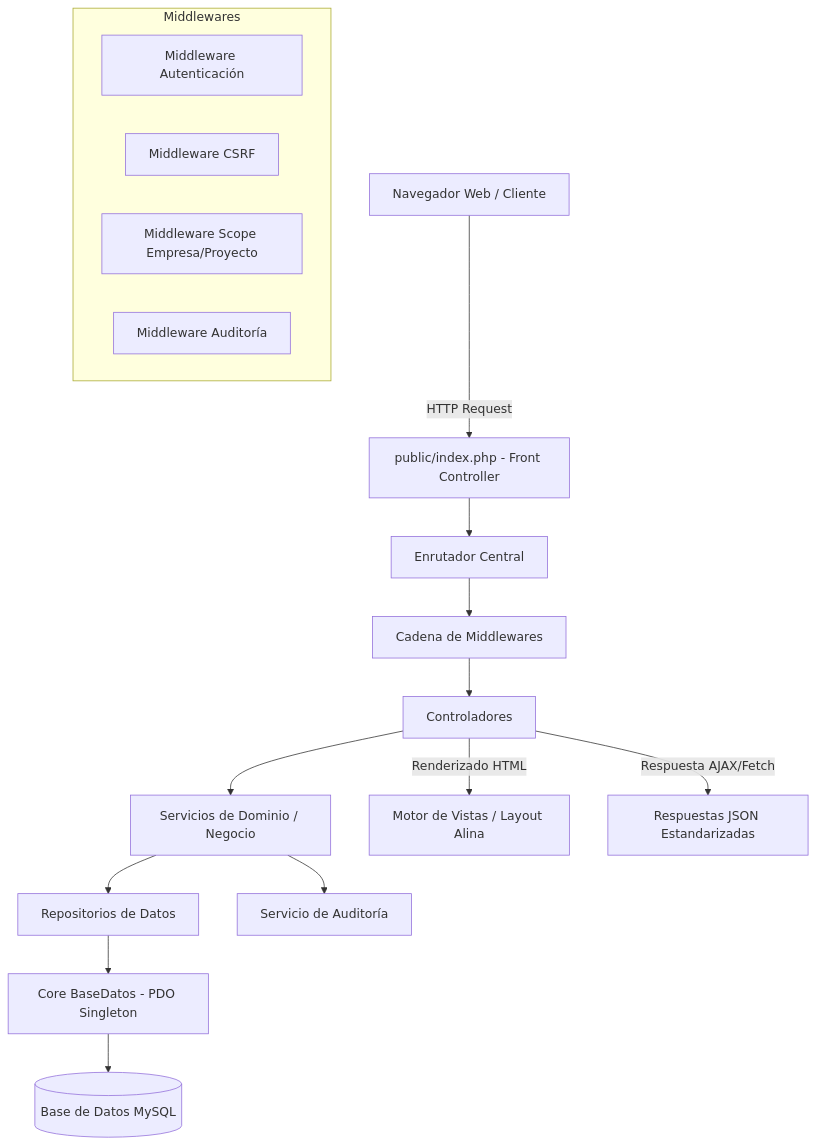
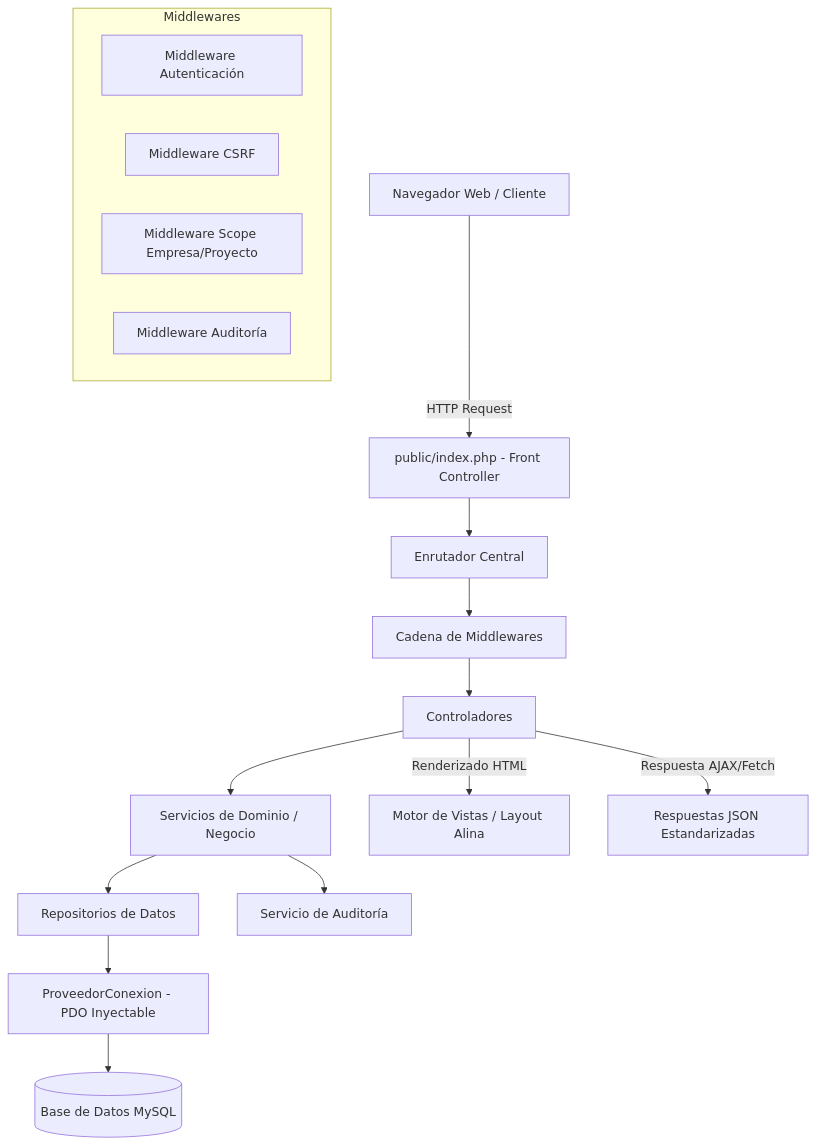
Before and after one commit to orlogonzales/CasaPRO: the diagram in docs/02-ARQUITECTURA.md, drawn with Mermaid. The commit also changed other lines of this file and 19 other files, not shown here.

````diff
--- a/docs/02-ARQUITECTURA.md
+++ b/docs/02-ARQUITECTURA.md
@@ -17,24 +17,24 @@
 ```mermaid
 graph TD
     Client[Navegador Web / Cliente] -->|HTTP Request| Webroot[public/index.php - Front Controller]
     Webroot --> Router[Enrutador Central]
     Router --> Middleware[Cadena de Middlewares]
     
     subgraph Middlewares
         M1[Middleware Autenticación]
         M2[Middleware CSRF]
         M3[Middleware Scope Empresa/Proyecto]
         M4[Middleware Auditoría]
     end
     
     Middleware --> Controladores[Controladores]
     Controladores --> Servicios[Servicios de Dominio / Negocio]
     Servicios --> Repositorios[Repositorios de Datos]
     Servicios --> AuditoriaSrv[Servicio de Auditoría]
     
-    Repositorios --> CoreBD[Core BaseDatos - PDO Singleton]
+    Repositorios --> CoreBD[ProveedorConexion - PDO Inyectable]
     CoreBD --> SQL[(Base de Datos MySQL)]
     
     Controladores -->|Renderizado HTML| Vistas[Motor de Vistas / Layout Alina]
     Controladores -->|Respuesta AJAX/Fetch| JSON[Respuestas JSON Estandarizadas]
 ```
````
